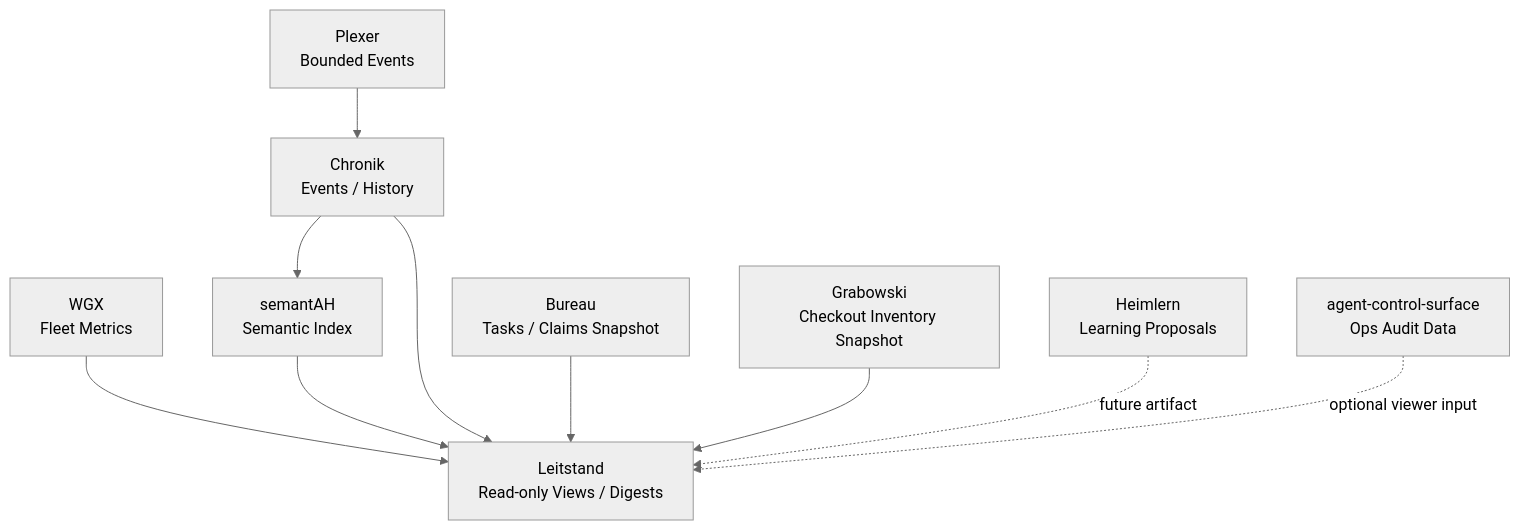
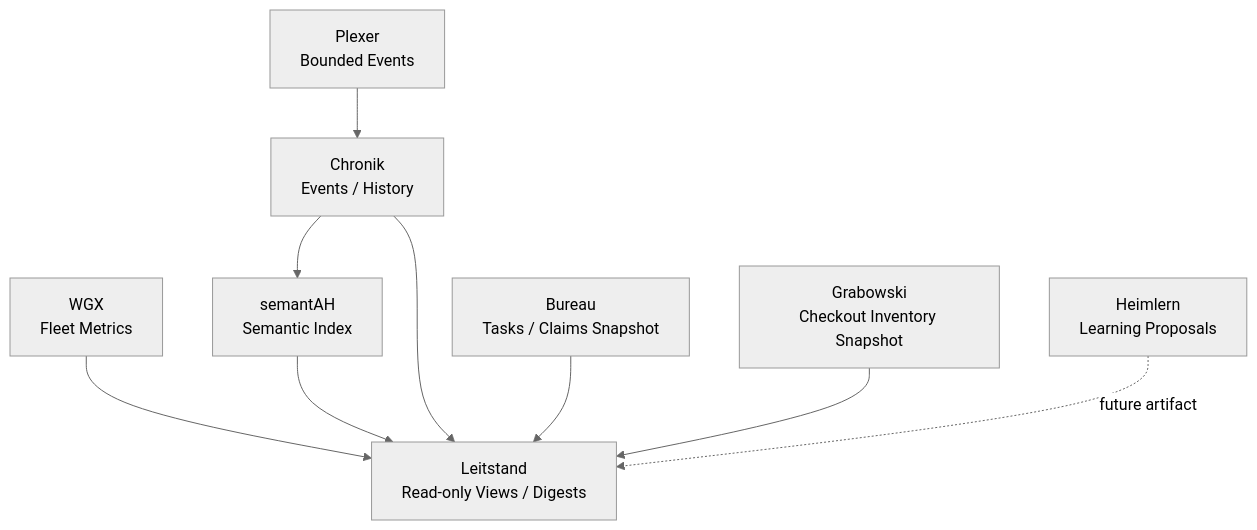
Before and after one commit to heimgewebe/leitstand: the diagram in README.md, drawn with Mermaid (neutral theme). The commit also changed other lines of this file and 54 other files, not shown here.

````diff
--- a/README.md
+++ b/README.md
@@ -200,12 +158,11 @@
 ```mermaid
 flowchart TD
     PLEXER[Plexer<br/>Bounded Events] --> CHRONIK[Chronik<br/>Events / History]
     CHRONIK --> SEMANTAH[semantAH<br/>Semantic Index]
     WGX[WGX<br/>Fleet Metrics] --> LEITSTAND[Leitstand<br/>Read-only Views / Digests]
     SEMANTAH --> LEITSTAND
     CHRONIK --> LEITSTAND
     BUREAU[Bureau<br/>Tasks / Claims Snapshot] --> LEITSTAND
     GRABOWSKI[Grabowski<br/>Checkout Inventory Snapshot] --> LEITSTAND
     HEIMLERN[Heimlern<br/>Learning Proposals] -. future artifact .-> LEITSTAND
-    ACS[agent-control-surface<br/>Ops Audit Data] -. optional viewer input .-> LEITSTAND
 ```
````
